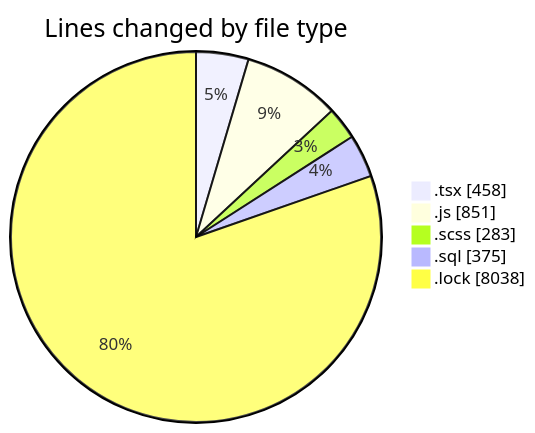
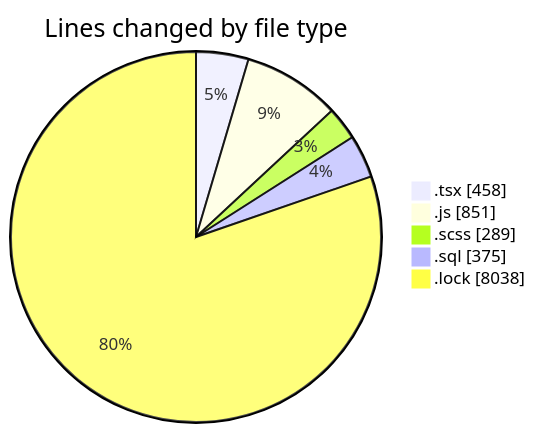
Before and after one commit to momahboobian/code-tracking: the first of 2 diagrams in 2025-03-18/cda/README.md, drawn with Mermaid. The commit also changed other lines of this file and 1 other file, not shown here.

````diff
--- a/2025-03-18/cda/README.md
+++ b/2025-03-18/cda/README.md
@@ -30,9 +30,9 @@
 ```mermaid
 pie showData
 title Lines changed by file type
 ".tsx" : 458
 ".js" : 851
-".scss" : 283
+".scss" : 289
 ".sql" : 375
 ".lock" : 8038
 ```
````
